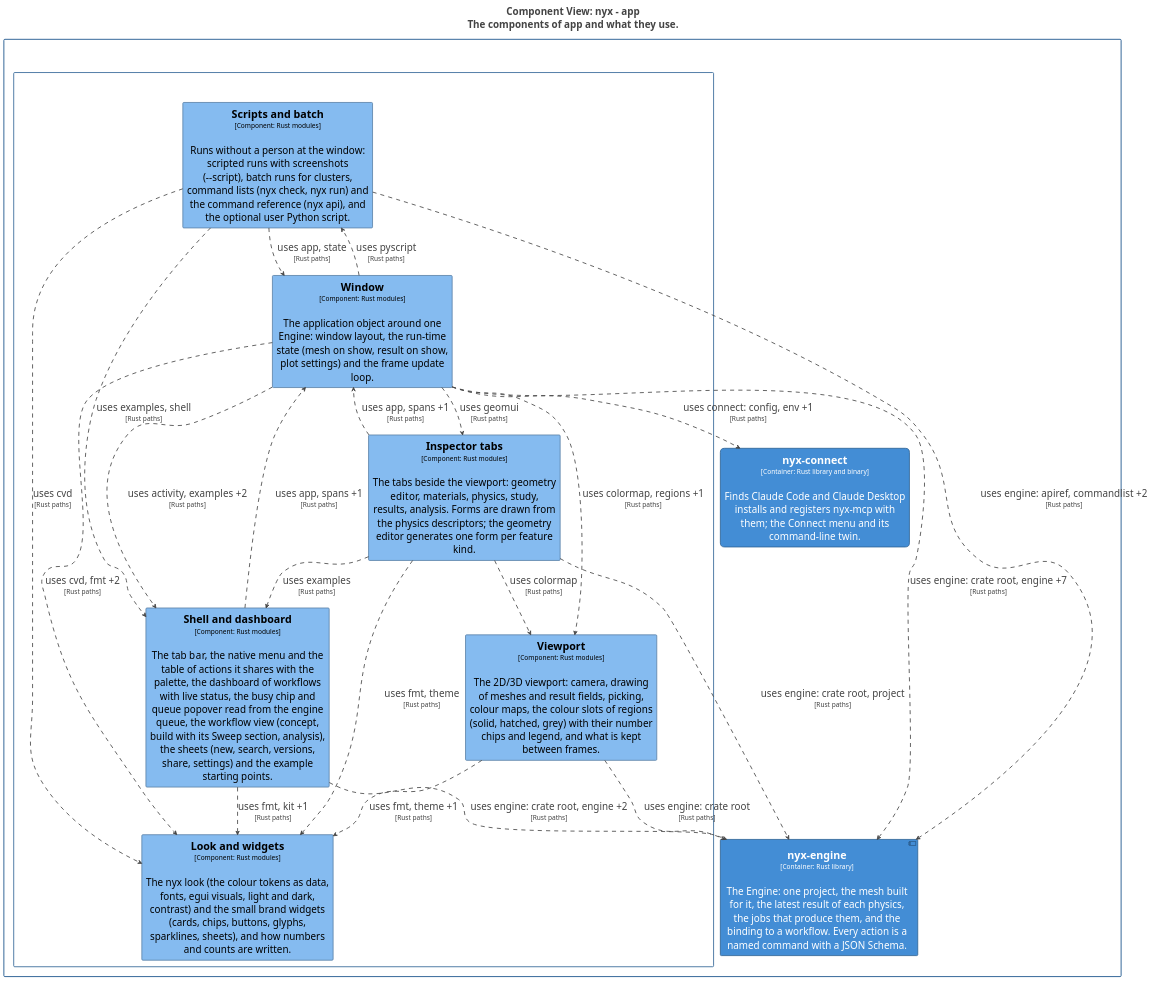
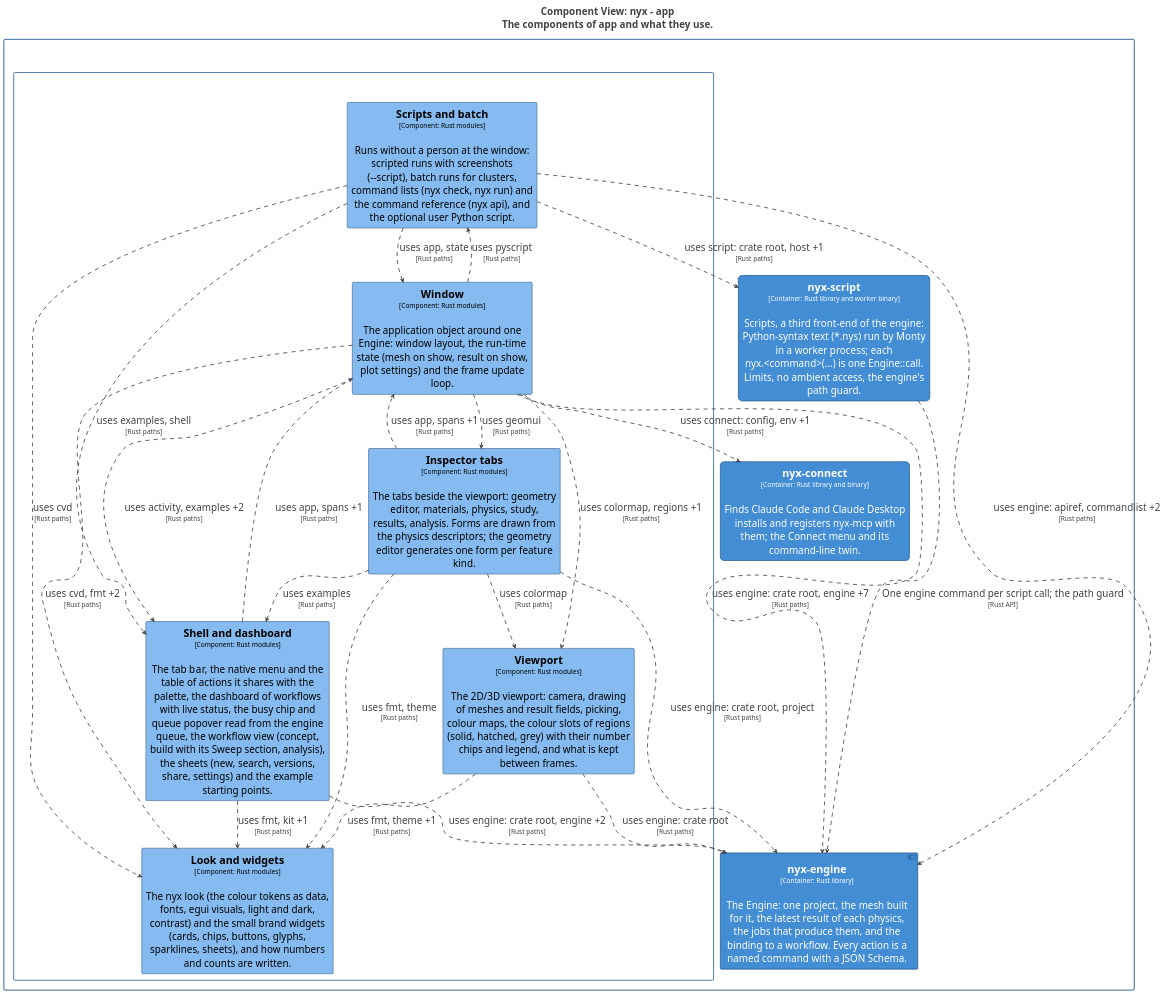
Before and after one commit to p-j-r/nyx: the diagram in docs/architecture/c4/export/plantuml/structurizr-Components_app.puml, drawn with PlantUML. The commit also changed 87 other files, not shown here.

Commit message:
S4 binding finished: script text and hash kept with each run, nyx check/run for *.nys, nyx api stubs, script_api.v1, ADR 93 (provisional), C4; workspace 1100 pass

```diff
--- a/docs/architecture/c4/export/plantuml/structurizr-Components_app.puml
+++ b/docs/architecture/c4/export/plantuml/structurizr-Components_app.puml
@@ -1,120 +1,123 @@
 @startuml
 title <size:24>Component View: nyx - app</size>\n<size:24>The components of app and what they use.</size>
 
 set separator none
 top to bottom direction
 skinparam ranksep 60
 skinparam nodesep 30
 hide stereotype
 
 <style>
   root {
     BackgroundColor: #ffffff;
     FontColor: #444444;
   }
   // Element,Component
   .Element-RWxlbWVudCxDb21wb25lbnQ= {
     BackgroundColor: #85bbf0;
     LineColor: #5d82a8;
     LineStyle: 0;
     LineThickness: 2;
     FontColor: #000000;
     FontSize: 24;
     HorizontalAlignment: center;
     Shadowing: 0;
     MaximumWidth: 450;
   }
   // Element,Container,Executable
   .Element-RWxlbWVudCxDb250YWluZXIsRXhlY3V0YWJsZQ== {
     BackgroundColor: #438dd5;
     LineColor: #2e6295;
     LineStyle: 0;
     LineThickness: 2;
     RoundCorner: 20;
     FontColor: #ffffff;
     FontSize: 24;
     HorizontalAlignment: center;
     Shadowing: 0;
     MaximumWidth: 450;
   }
   // Element,Container,Library
   .Element-RWxlbWVudCxDb250YWluZXIsTGlicmFyeQ== {
     BackgroundColor: #438dd5;
     LineColor: #2e6295;
     LineStyle: 0;
     LineThickness: 2;
     FontColor: #ffffff;
     FontSize: 24;
     HorizontalAlignment: center;
     Shadowing: 0;
     MaximumWidth: 450;
   }
   // Relationship
   .Relationship-UmVsYXRpb25zaGlw {
     LineThickness: 2;
     LineStyle: 10-10;
     LineColor: #444444;
     FontColor: #444444;
     FontSize: 24;
   }
   // app
   .Boundary-YXBw {
     BackgroundColor: #ffffff;
     LineColor: #2e6295;
     LineStyle: 0;
     LineThickness: 2;
     FontColor: #ffffff;
     FontSize: 24;
     HorizontalAlignment: center;
     Shadowing: 0;
   }
   // nyx
   .Boundary-bnl4 {
     BackgroundColor: #ffffff;
     LineColor: #0b4884;
     LineStyle: 0;
     LineThickness: 2;
     FontColor: #ffffff;
     FontSize: 24;
     HorizontalAlignment: center;
     Shadowing: 0;
   }
 </style>
 
 rectangle "nyx\n<size:16>[Software System]</size>" <<Boundary-bnl4>> {
   rectangle "app\n<size:16>[Container: Rust, eframe/egui]</size>" <<Boundary-YXBw>> {
     rectangle "==Viewport\n<size:16>[Component: Rust modules]</size>\n\nThe 2D/3D viewport: camera, drawing of meshes and result fields, picking, colour maps, the colour slots of regions (solid, hatched, grey) with their number chips and legend, and what is kept between frames." <<Element-RWxlbWVudCxDb21wb25lbnQ=>> as nyx.app.Viewport
     rectangle "==Look and widgets\n<size:16>[Component: Rust modules]</size>\n\nThe nyx look (the colour tokens as data, fonts, egui visuals, light and dark, contrast) and the small brand widgets (cards, chips, buttons, glyphs, sparklines, sheets), and how numbers and counts are written." <<Element-RWxlbWVudCxDb21wb25lbnQ=>> as nyx.app.Lookandwidgets
     rectangle "==Scripts and batch\n<size:16>[Component: Rust modules]</size>\n\nRuns without a person at the window: scripted runs with screenshots (--script), batch runs for clusters, command lists (nyx check, nyx run) and the command reference (nyx api), and the optional user Python script." <<Element-RWxlbWVudCxDb21wb25lbnQ=>> as nyx.app.Scriptsandbatch
     rectangle "==Window\n<size:16>[Component: Rust modules]</size>\n\nThe application object around one Engine: window layout, the run-time state (mesh on show, result on show, plot settings) and the frame update loop." <<Element-RWxlbWVudCxDb21wb25lbnQ=>> as nyx.app.Window
     rectangle "==Shell and dashboard\n<size:16>[Component: Rust modules]</size>\n\nThe tab bar, the native menu and the table of actions it shares with the palette, the dashboard of workflows with live status, the busy chip and queue popover read from the engine queue, the workflow view (concept, build with its Sweep section, analysis), the sheets (new, search, versions, share, settings) and the example starting points." <<Element-RWxlbWVudCxDb21wb25lbnQ=>> as nyx.app.Shellanddashboard
     rectangle "==Inspector tabs\n<size:16>[Component: Rust modules]</size>\n\nThe tabs beside the viewport: geometry editor, materials, physics, study, results, analysis. Forms are drawn from the physics descriptors; the geometry editor generates one form per feature kind." <<Element-RWxlbWVudCxDb21wb25lbnQ=>> as nyx.app.Inspectortabs
   }
 
+  rectangle "==nyx-script\n<size:16>[Container: Rust library and worker binary]</size>\n\nScripts, a third front-end of the engine: Python-syntax text (*.nys) run by Monty in a worker process; each nyx.<command>(...) is one Engine::call. Limits, no ambient access, the engine's path guard." <<Element-RWxlbWVudCxDb250YWluZXIsRXhlY3V0YWJsZQ==>> as nyx.nyxscript
   rectangle "==nyx-connect\n<size:16>[Container: Rust library and binary]</size>\n\nFinds Claude Code and Claude Desktop installs and registers nyx-mcp with them; the Connect menu and its command-line twin." <<Element-RWxlbWVudCxDb250YWluZXIsRXhlY3V0YWJsZQ==>> as nyx.nyxconnect
   component "==nyx-engine\n<size:16>[Container: Rust library]</size>\n\nThe Engine: one project, the mesh built for it, the latest result of each physics, the jobs that produce them, and the binding to a workflow. Every action is a named command with a JSON Schema." <<Element-RWxlbWVudCxDb250YWluZXIsTGlicmFyeQ==>> as nyx.nyxengine
 }
 
+nyx.nyxscript --> nyx.nyxengine <<Relationship-UmVsYXRpb25zaGlw>> : "One engine command per script call; the path guard\n<size:16>[Rust API]</size>"
 nyx.app.Scriptsandbatch --> nyx.nyxengine <<Relationship-UmVsYXRpb25zaGlw>> : "uses engine: apiref, commandlist +2\n<size:16>[Rust paths]</size>"
+nyx.app.Scriptsandbatch --> nyx.nyxscript <<Relationship-UmVsYXRpb25zaGlw>> : "uses script: crate root, host +1\n<size:16>[Rust paths]</size>"
 nyx.app.Scriptsandbatch --> nyx.app.Shellanddashboard <<Relationship-UmVsYXRpb25zaGlw>> : "uses examples, shell\n<size:16>[Rust paths]</size>"
 nyx.app.Scriptsandbatch --> nyx.app.Lookandwidgets <<Relationship-UmVsYXRpb25zaGlw>> : "uses cvd\n<size:16>[Rust paths]</size>"
 nyx.app.Scriptsandbatch --> nyx.app.Window <<Relationship-UmVsYXRpb25zaGlw>> : "uses app, state\n<size:16>[Rust paths]</size>"
 nyx.app.Inspectortabs --> nyx.nyxengine <<Relationship-UmVsYXRpb25zaGlw>> : "uses engine: crate root, project\n<size:16>[Rust paths]</size>"
 nyx.app.Inspectortabs --> nyx.app.Shellanddashboard <<Relationship-UmVsYXRpb25zaGlw>> : "uses examples\n<size:16>[Rust paths]</size>"
 nyx.app.Inspectortabs --> nyx.app.Lookandwidgets <<Relationship-UmVsYXRpb25zaGlw>> : "uses fmt, theme\n<size:16>[Rust paths]</size>"
 nyx.app.Inspectortabs --> nyx.app.Viewport <<Relationship-UmVsYXRpb25zaGlw>> : "uses colormap\n<size:16>[Rust paths]</size>"
 nyx.app.Inspectortabs --> nyx.app.Window <<Relationship-UmVsYXRpb25zaGlw>> : "uses app, spans +1\n<size:16>[Rust paths]</size>"
 nyx.app.Shellanddashboard --> nyx.nyxengine <<Relationship-UmVsYXRpb25zaGlw>> : "uses engine: crate root, engine +2\n<size:16>[Rust paths]</size>"
 nyx.app.Shellanddashboard --> nyx.app.Lookandwidgets <<Relationship-UmVsYXRpb25zaGlw>> : "uses fmt, kit +1\n<size:16>[Rust paths]</size>"
 nyx.app.Shellanddashboard --> nyx.app.Window <<Relationship-UmVsYXRpb25zaGlw>> : "uses app, spans +1\n<size:16>[Rust paths]</size>"
 nyx.app.Viewport --> nyx.nyxengine <<Relationship-UmVsYXRpb25zaGlw>> : "uses engine: crate root\n<size:16>[Rust paths]</size>"
 nyx.app.Viewport --> nyx.app.Lookandwidgets <<Relationship-UmVsYXRpb25zaGlw>> : "uses fmt, theme +1\n<size:16>[Rust paths]</size>"
 nyx.app.Window --> nyx.nyxconnect <<Relationship-UmVsYXRpb25zaGlw>> : "uses connect: config, env +1\n<size:16>[Rust paths]</size>"
 nyx.app.Window --> nyx.nyxengine <<Relationship-UmVsYXRpb25zaGlw>> : "uses engine: crate root, engine +7\n<size:16>[Rust paths]</size>"
 nyx.app.Window --> nyx.app.Scriptsandbatch <<Relationship-UmVsYXRpb25zaGlw>> : "uses pyscript\n<size:16>[Rust paths]</size>"
 nyx.app.Window --> nyx.app.Inspectortabs <<Relationship-UmVsYXRpb25zaGlw>> : "uses geomui\n<size:16>[Rust paths]</size>"
 nyx.app.Window --> nyx.app.Shellanddashboard <<Relationship-UmVsYXRpb25zaGlw>> : "uses activity, examples +2\n<size:16>[Rust paths]</size>"
 nyx.app.Window --> nyx.app.Lookandwidgets <<Relationship-UmVsYXRpb25zaGlw>> : "uses cvd, fmt +2\n<size:16>[Rust paths]</size>"
 nyx.app.Window --> nyx.app.Viewport <<Relationship-UmVsYXRpb25zaGlw>> : "uses colormap, regions +1\n<size:16>[Rust paths]</size>"
 
 @enduml
```
